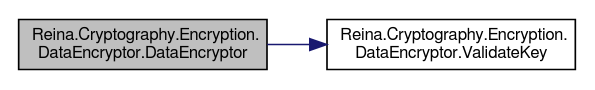
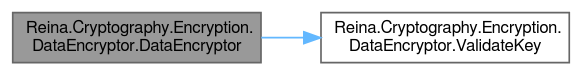
One commit to fkitsantas/Reina.Cryptography changed the diagram in class_reina_1_1_cryptography_1_1_encryption_1_1_data_encryptor_afe9a1eb1bf3f6b9c3616368a959dec22_cgraph.dot. Above: the diagram before and after it, drawn with Graphviz. The commit also changed 225 other files, not shown here.

```diff
--- a/class_reina_1_1_cryptography_1_1_encryption_1_1_data_encryptor_afe9a1eb1bf3f6b9c3616368a959dec22_cgraph.dot
+++ b/class_reina_1_1_cryptography_1_1_encryption_1_1_data_encryptor_afe9a1eb1bf3f6b9c3616368a959dec22_cgraph.dot
@@ -1,10 +1,11 @@
 digraph "Reina.Cryptography.Encryption.DataEncryptor.DataEncryptor"
 {
  // LATEX_PDF_SIZE
-  edge [fontname="FreeSans",fontsize="10",labelfontname="FreeSans",labelfontsize="10"];
-  node [fontname="FreeSans",fontsize="10",shape=record];
+  bgcolor="transparent";
+  edge [fontname=FreeSans,fontsize=10,labelfontname=FreeSans,labelfontsize=10];
+  node [fontname=FreeSans,fontsize=10,shape=box,height=0.2,width=0.4];
   rankdir="LR";
-  Node1 [label="Reina.Cryptography.Encryption.\lDataEncryptor.DataEncryptor",height=0.2,width=0.4,color="black", fillcolor="grey75", style="filled", fontcolor="black",tooltip="Initializes a new instance of the DataEncryptor class with the specified keys for Twofish,..."];
-  Node1 -> Node2 [color="midnightblue",fontsize="10",style="solid",fontname="FreeSans"];
-  Node2 [label="Reina.Cryptography.Encryption.\lDataEncryptor.ValidateKey",height=0.2,width=0.4,color="black", fillcolor="white", style="filled",URL="$class_reina_1_1_cryptography_1_1_encryption_1_1_data_encryptor.html#a422d59090894d3ade5e703f8ffe8189b",tooltip="Validates the length of the provided cryptographic key."];
+  Node1 [id="Node000001",label="Reina.Cryptography.Encryption.\lDataEncryptor.DataEncryptor",height=0.2,width=0.4,color="gray40", fillcolor="grey60", style="filled", fontcolor="black",tooltip="Initializes a new instance of the DataEncryptor class with the specified keys for Twofish,..."];
+  Node1 -> Node2 [id="edge1_Node000001_Node000002",color="steelblue1",style="solid",tooltip=" "];
+  Node2 [id="Node000002",label="Reina.Cryptography.Encryption.\lDataEncryptor.ValidateKey",height=0.2,width=0.4,color="grey40", fillcolor="white", style="filled",URL="$class_reina_1_1_cryptography_1_1_encryption_1_1_data_encryptor.html#a422d59090894d3ade5e703f8ffe8189b",tooltip="Validates the length of the provided cryptographic key."];
 }
```
